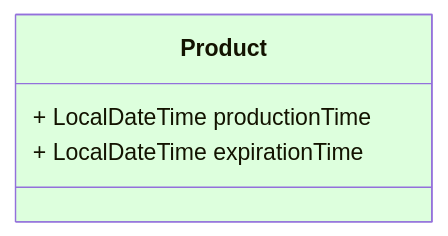
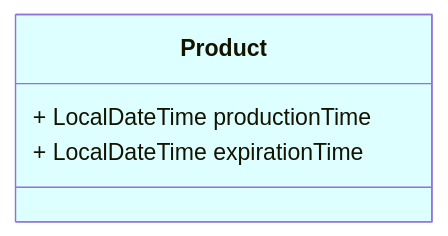
Before and after one commit to JHK-maeshay/MultiThreadTest: the second of 4 diagrams in README.md, drawn with Mermaid. The commit also changed other lines of this file, not shown here.

````diff
--- a/README.md
+++ b/README.md
@@ -26,9 +26,9 @@
 ```mermaid
 classDiagram
-    class Product:::green{
+    class Product:::blue{
 		+ LocalDateTime productionTime
 		+ LocalDateTime expirationTime
 }
 
-classDef green fill:#dfd
+classDef blue fill:#dff
 ```
````
